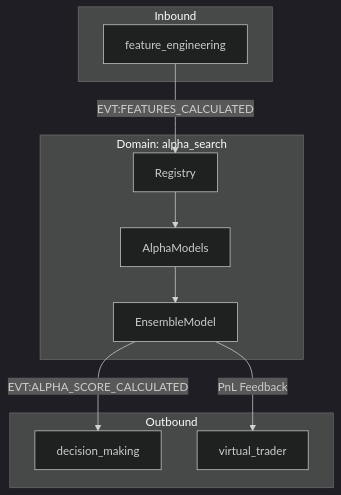
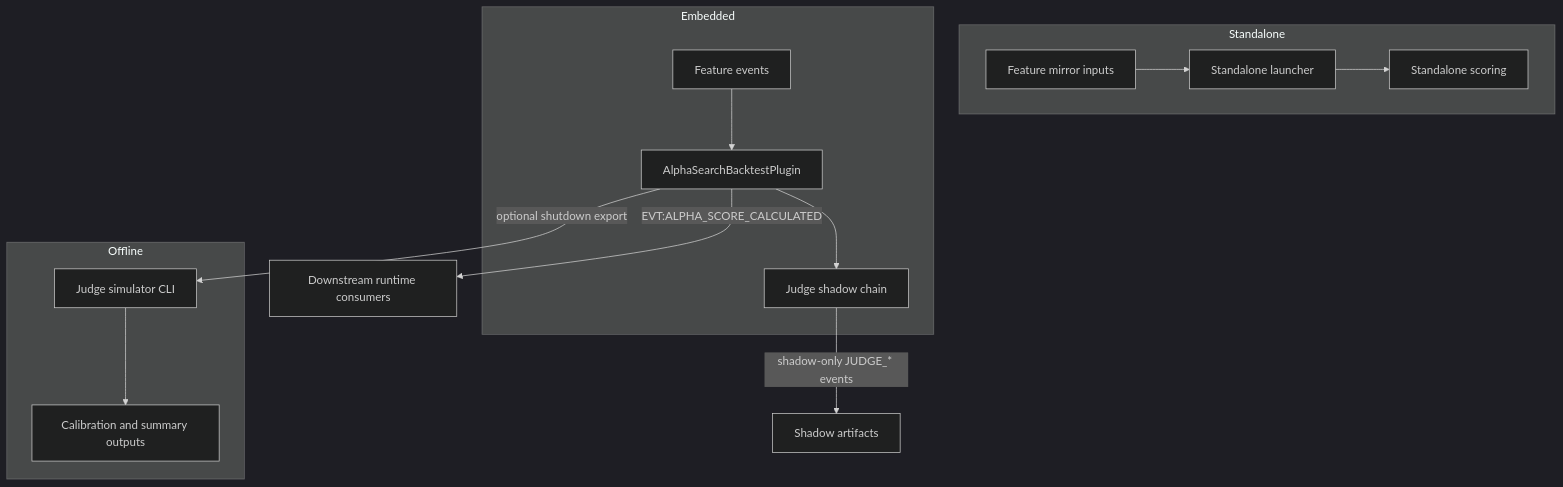
Before and after one commit to wekabeka1996/Phenix: the diagram in apps/reference/domains/alpha_search/docs/ATLAS.md, drawn with Mermaid (dark theme). The commit also changed other lines of this file and 137 other files, not shown here.

````diff
--- a/apps/reference/domains/alpha_search/docs/ATLAS.md
+++ b/apps/reference/domains/alpha_search/docs/ATLAS.md
@@ -13,21 +82,28 @@
 ```mermaid
 graph TD
-    subgraph "Inbound"
-        FE[feature_engineering]
-    end
-    subgraph "Domain: alpha_search"
-        AM[AlphaModels]
-        ENS[EnsembleModel]
-        REG[Registry]
-    end
-    subgraph "Outbound"
-        DM[decision_making]
-        VT[virtual_trader]
+    subgraph Standalone
+        FM[Feature mirror inputs]
+        RL[Standalone launcher]
+        SA[Standalone scoring]
     end
 
-    FE -->|EVT:FEATURES_CALCULATED| REG
-    REG --> AM
-    AM --> ENS
-    ENS -->|EVT:ALPHA_SCORE_CALCULATED| DM
-    ENS -->|PnL Feedback| VT
+    subgraph Embedded
+        FE[Feature events]
+        AS[AlphaSearchBacktestPlugin]
+        JS[Judge shadow chain]
+    end
+
+    subgraph Offline
+        SIM[Judge simulator CLI]
+        OUT[Calibration and summary outputs]
+    end
+
+    FM --> RL
+    RL --> SA
+    FE --> AS
+    AS -->|EVT:ALPHA_SCORE_CALCULATED| FE2[Downstream runtime consumers]
+    AS --> JS
+    JS -->|shadow-only JUDGE_* events| SH[Shadow artifacts]
+    AS -->|optional shutdown export| SIM
+    SIM --> OUT
 ```
````
